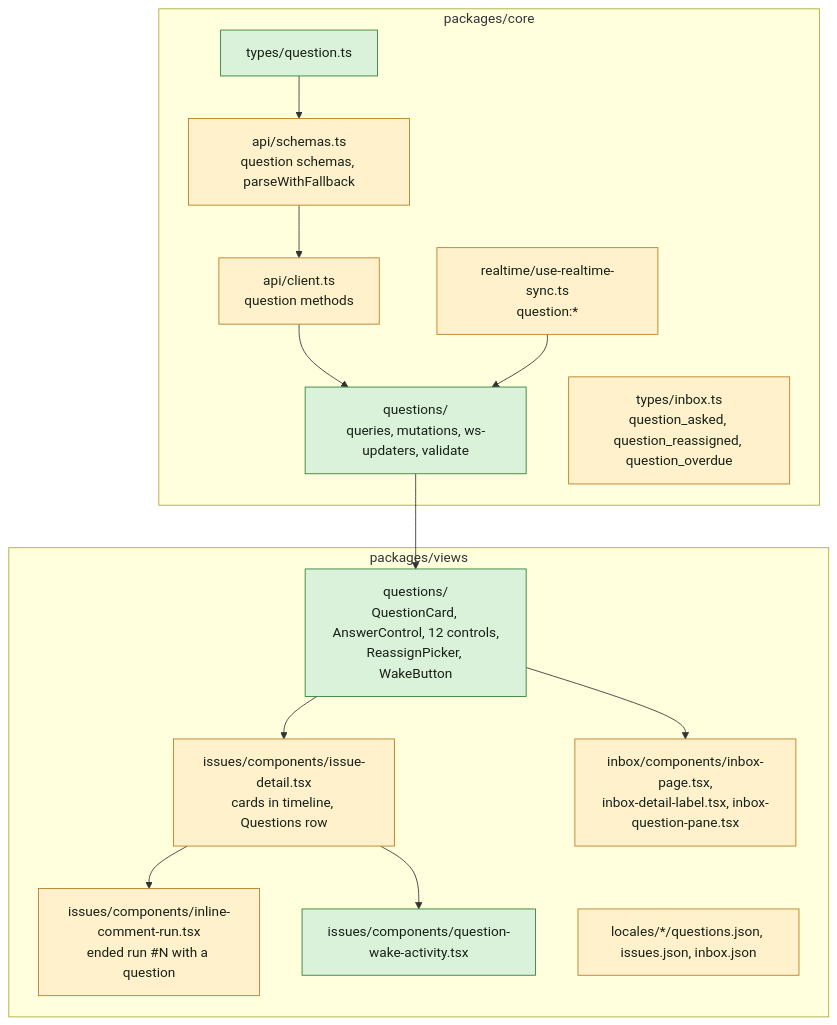
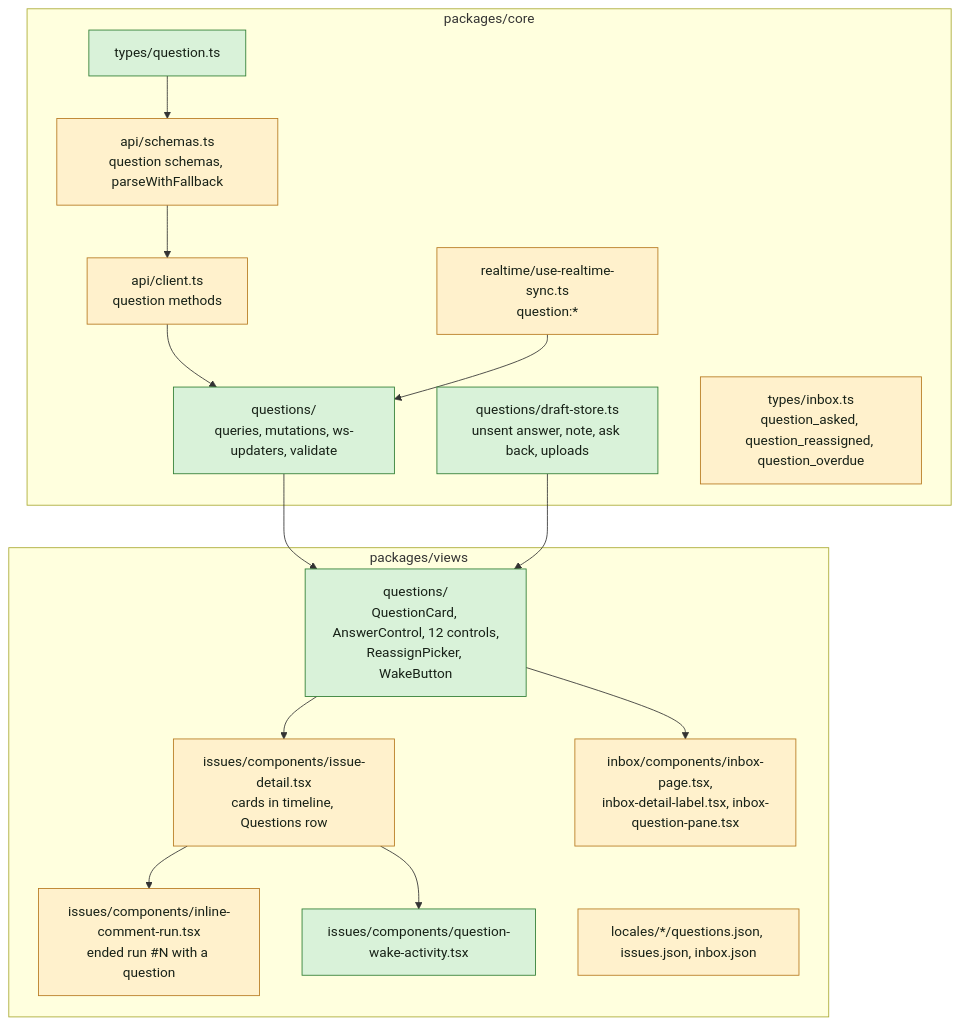
The fourth of 6 diagrams in specs/openspec/changes/answer-an-agents-question-and-wake-it/design.md (appboypov/multica), drawn with Mermaid before and after one commit. The commit also changed other lines of this file and 29 other files, not shown here.

````diff
--- a/specs/openspec/changes/answer-an-agents-question-and-wake-it/design.md
+++ b/specs/openspec/changes/answer-an-agents-question-and-wake-it/design.md
@@ -89,28 +89,30 @@
 ```mermaid
 flowchart TB
   classDef new fill:#d9f2d9,stroke:#2e7d32,color:#172117
   classDef changed fill:#fff1cc,stroke:#b7791f,color:#172117
   subgraph core["packages/core"]
     qtypes["types/question.ts"]:::new
     schema["api/schemas.ts<br/>question schemas, parseWithFallback"]:::changed
     client["api/client.ts<br/>question methods"]:::changed
     qfeat["questions/<br/>queries, mutations, ws-updaters, validate"]:::new
+    qdraft["questions/draft-store.ts<br/>unsent answer, note, ask back, uploads"]:::new
     inboxt["types/inbox.ts<br/>question_asked, question_reassigned, question_overdue"]:::changed
     rt["realtime/use-realtime-sync.ts<br/>question:*"]:::changed
   end
   subgraph views["packages/views"]
     qviews["questions/<br/>QuestionCard, AnswerControl, 12 controls,<br/>ReassignPicker, WakeButton"]:::new
     detail["issues/components/issue-detail.tsx<br/>cards in timeline, Questions row"]:::changed
     runrow["issues/components/inline-comment-run.tsx<br/>ended run #N with a question"]:::changed
     wakeact["issues/components/question-wake-activity.tsx"]:::new
     inbox["inbox/components/inbox-page.tsx,<br/>inbox-detail-label.tsx, inbox-question-pane.tsx"]:::changed
     loc["locales/*/questions.json, issues.json, inbox.json"]:::changed
   end
   qtypes --> schema --> client --> qfeat
   rt --> qfeat
   qfeat --> qviews
+  qdraft --> qviews
   qviews --> detail
   qviews --> inbox
   detail --> runrow
   detail --> wakeact
 ```
````
